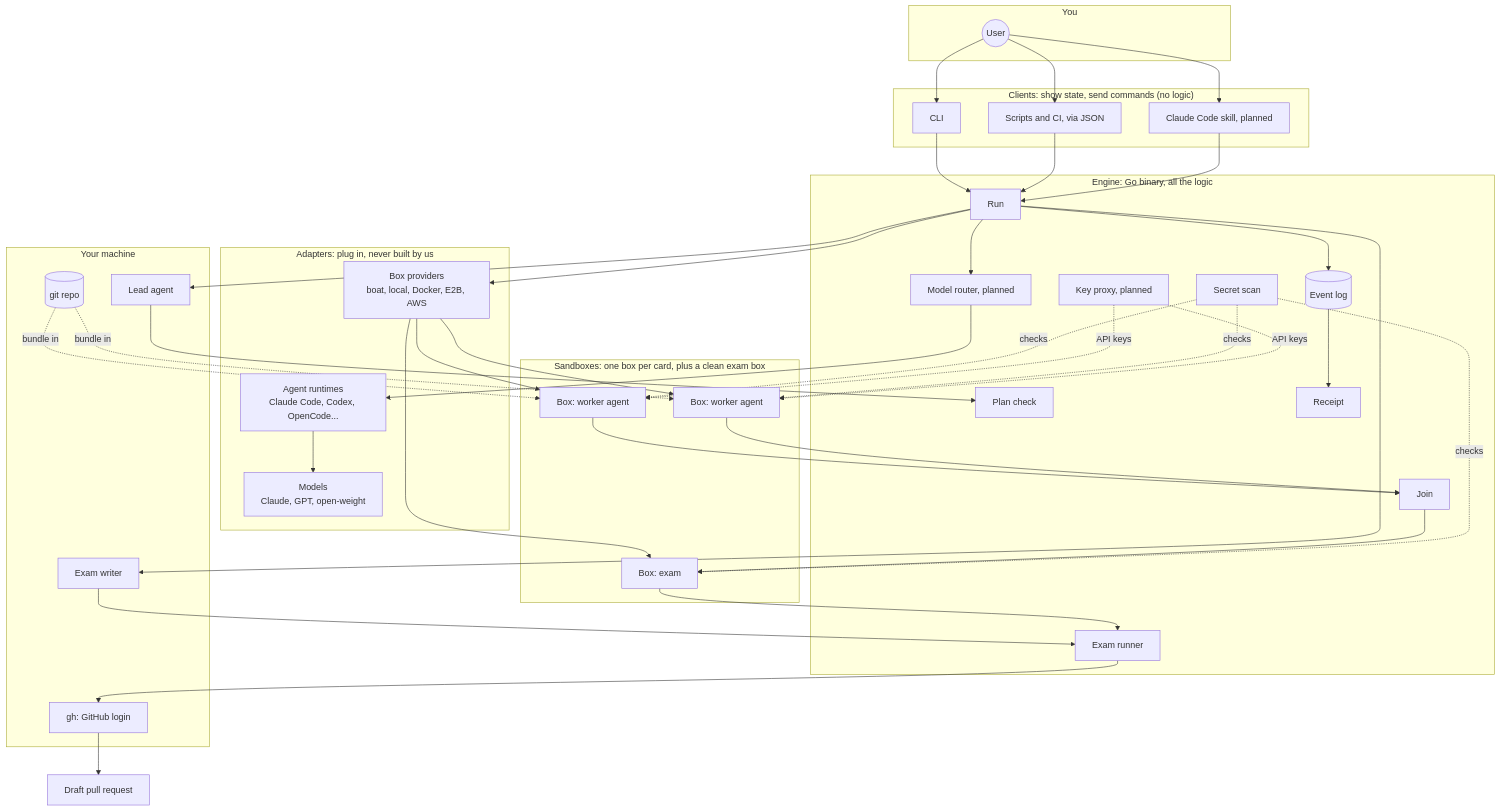
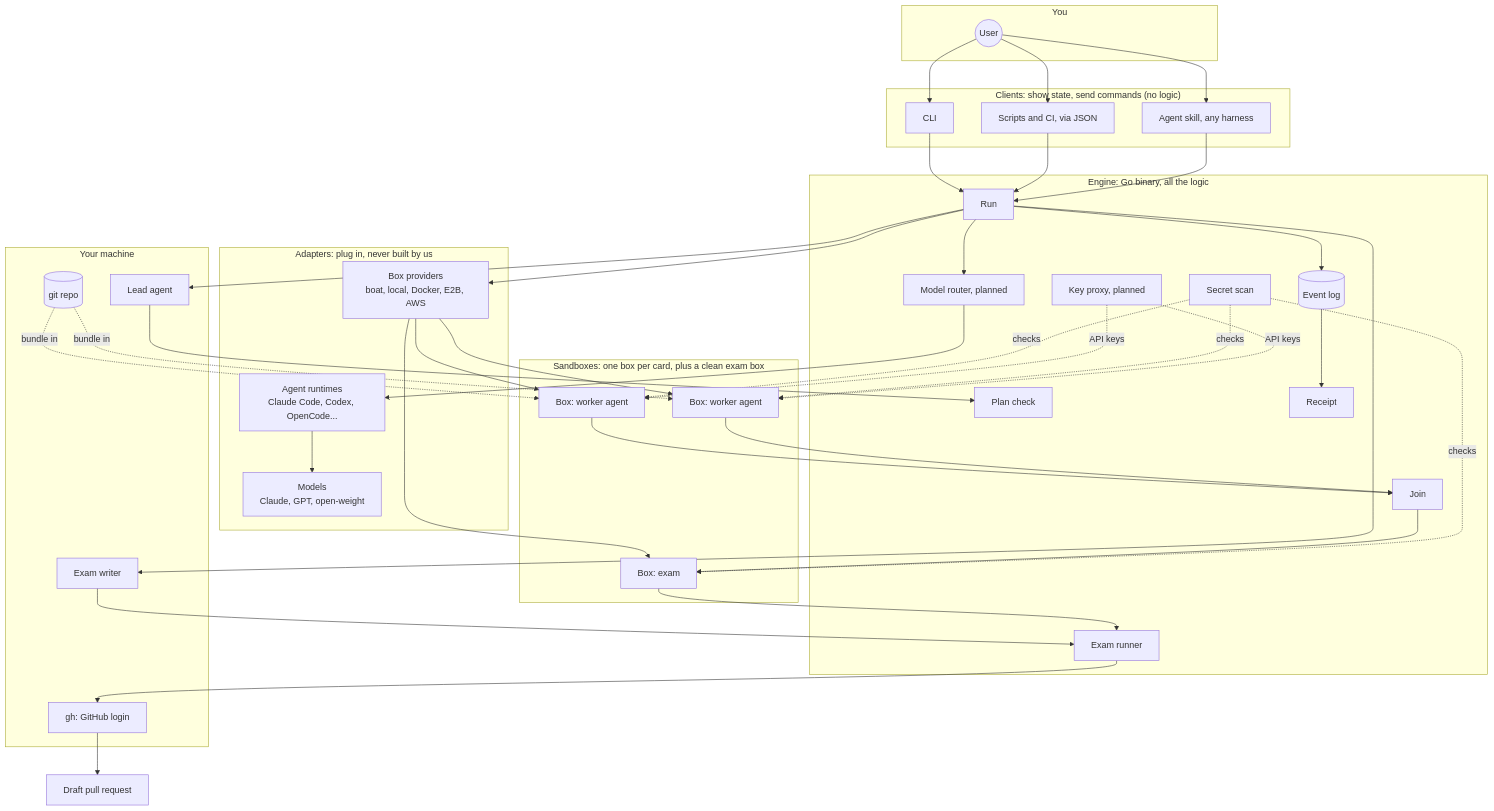
The first of 4 diagrams in docs/ARCHITECTURE.md (josephgoksu/TaskWing), drawn with Mermaid before and after one commit. The commit also changed other lines of this file and 11 other files, not shown here.

First line of the commit message:
feat: agent skill, plan-only runs and taskwing approve (#48)

````diff
--- a/docs/ARCHITECTURE.md
+++ b/docs/ARCHITECTURE.md
@@ -17,55 +17,55 @@
 ```mermaid
 flowchart TB
   subgraph You["You"]
     U((User))
   end
 
   subgraph Clients["Clients: show state, send commands (no logic)"]
     CLI[CLI]
     JS[Scripts and CI, via JSON]
-    SK[Claude Code skill, planned]
+    SK[Agent skill, any harness]
   end
 
   subgraph Engine["Engine: Go binary, all the logic"]
     RUN[Run]
     PLANCHK[Plan check]
     ROUTER[Model router, planned]
     EXAMR[Exam runner]
     JOIN[Join]
     SCAN[Secret scan]
     PROXY[Key proxy, planned]
     LOG[(Event log)]
     REC[Receipt]
   end
 
   subgraph Host["Your machine"]
     LEAD[Lead agent]
     EW[Exam writer]
     GIT[(git repo)]
     GH[gh: GitHub login]
   end
 
   subgraph Sandboxes["Sandboxes: one box per card, plus a clean exam box"]
     B1[Box: worker agent]
     B2[Box: worker agent]
     BX[Box: exam]
   end
 
   subgraph Adapters["Adapters: plug in, never built by us"]
     BP[Box providers<br/>boat, local, Docker, E2B, AWS]
     AR[Agent runtimes<br/>Claude Code, Codex, OpenCode...]
     MD[Models<br/>Claude, GPT, open-weight]
   end
 
   U --> CLI & JS & SK --> RUN
   RUN --> LEAD --> PLANCHK
   RUN --> EW --> EXAMR
   RUN --> ROUTER --> AR --> MD
   RUN --> BP --> B1 & B2 & BX
   B1 & B2 --> JOIN --> BX --> EXAMR
   EXAMR --> GH --> PR[Draft pull request]
   SCAN -.checks.-> B1 & B2 & BX
   PROXY -.API keys.-> B1 & B2
   RUN --> LOG --> REC
   GIT -.bundle in.-> B1 & B2
 ```
````
